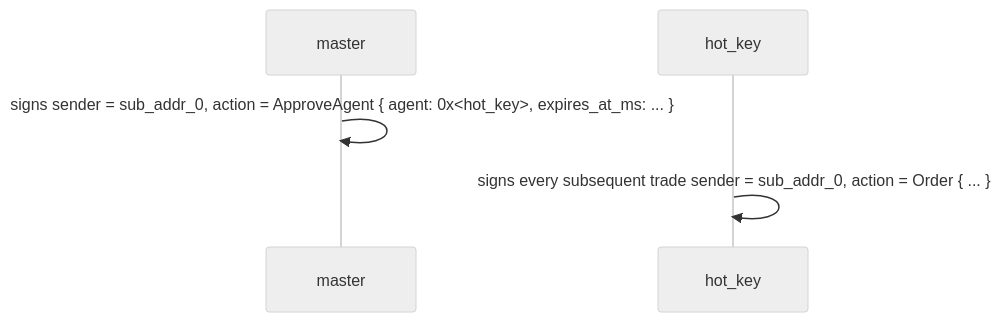
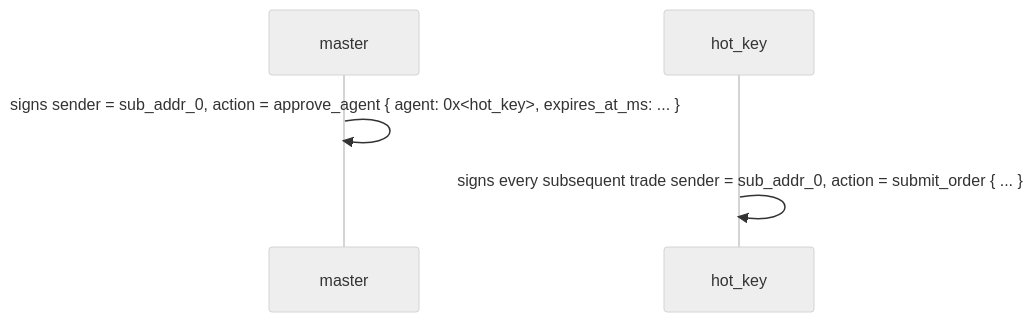
Before and after one commit to mtf-exchange/metaflux-knowledges: the third of 8 diagrams in docs/concepts/sub-accounts.md, drawn with Mermaid (neutral theme). The commit also changed other lines of this file and 31 other files, not shown here.

````diff
--- a/docs/concepts/sub-accounts.md
+++ b/docs/concepts/sub-accounts.md
@@ -143,7 +143,7 @@
 ```mermaid
 sequenceDiagram
     participant master
     participant hot_key
-    master->>master: signs sender = sub_addr_0, action = ApproveAgent { agent: 0x<hot_key>, expires_at_ms: ... }
-    hot_key->>hot_key: signs every subsequent trade sender = sub_addr_0, action = Order { ... }
+    master->>master: signs sender = sub_addr_0, action = approve_agent { agent: 0x<hot_key>, expires_at_ms: ... }
+    hot_key->>hot_key: signs every subsequent trade sender = sub_addr_0, action = submit_order { ... }
 ```
````
